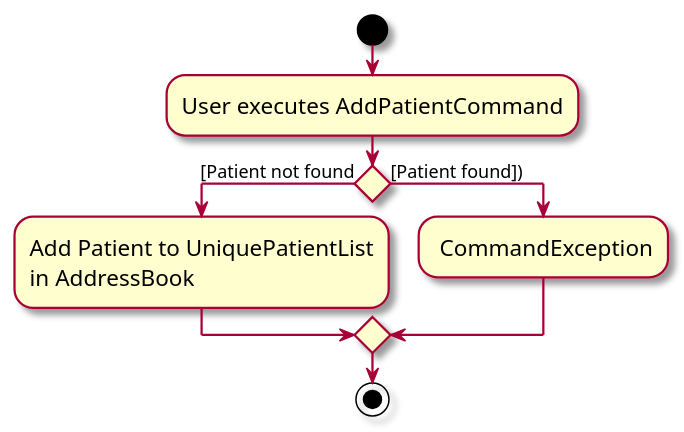
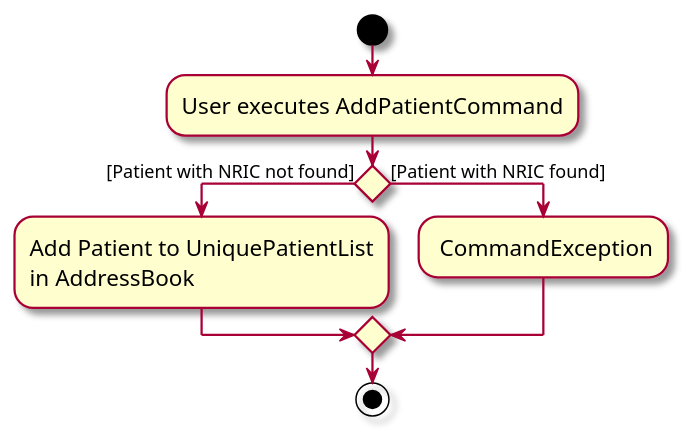
The diagram in docs/diagrams/AddPatientActivityDiagram.puml (AY2324S2-CS2103T-F10-3/tp), drawn with PlantUML before and after one commit. The commit also changed 2 other files, not shown here.

```diff
--- a/docs/diagrams/AddPatientActivityDiagram.puml
+++ b/docs/diagrams/AddPatientActivityDiagram.puml
@@ -1,19 +1,19 @@
 @startuml
 skin rose
 skinparam ActivityFontSize 15
 skinparam ArrowFontSize 12
 start
 :User executes AddPatientCommand;
 
 'Since the beta syntax does not support placing the condition outside the
 'diamond we place it as the true branch instead.
 
-if () then ([Patient not found)
+if () then ([Patient with NRIC not found])
     :Add Patient to UniquePatientList
     in AddressBook;
 
-else ([Patient found]))
+else ([Patient with NRIC found])
     : CommandException;
 endif
 stop
 @enduml
```
